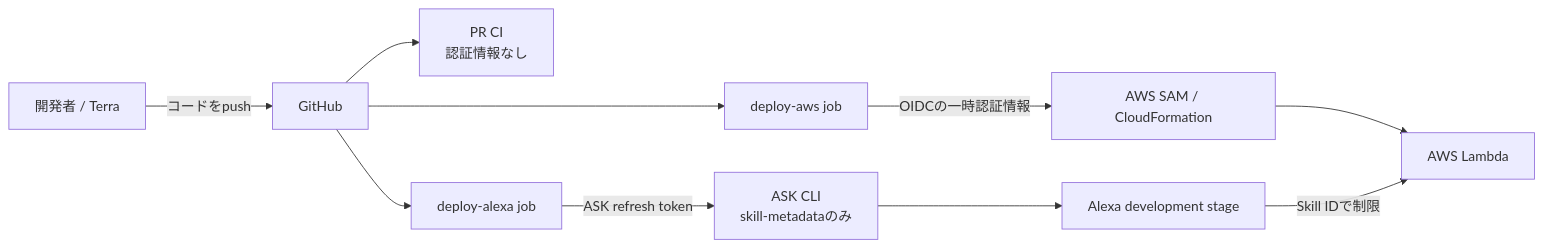
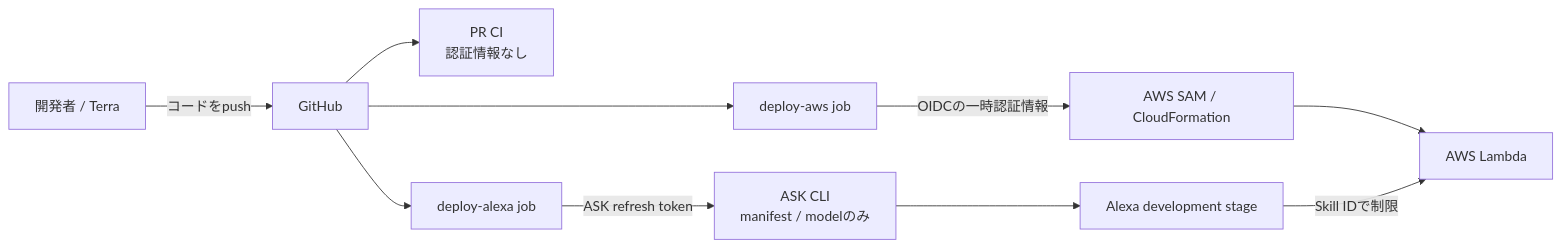
The diagram in docs/implementation-handoff.md (yuhara-4113-ai/alexa-skill-charge-janken), drawn with Mermaid before and after one commit. The commit also changed other lines of this file and 2 other files, not shown here.

Commit message:
Update Alexa resources through SMAPI

````diff
--- a/docs/implementation-handoff.md
+++ b/docs/implementation-handoff.md
@@ -41,12 +41,12 @@
 ```mermaid
 flowchart LR
     Dev["開発者 / Terra"] -->|コードをpush| GH["GitHub"]
     GH --> CI["PR CI<br/>認証情報なし"]
     GH --> AWSJob["deploy-aws job"]
     GH --> AlexaJob["deploy-alexa job"]
     AWSJob -->|OIDCの一時認証情報| SAM["AWS SAM / CloudFormation"]
     SAM --> Lambda["AWS Lambda"]
-    AlexaJob -->|ASK refresh token| ASK["ASK CLI<br/>skill-metadataのみ"]
+    AlexaJob -->|ASK refresh token| ASK["ASK CLI<br/>manifest / modelのみ"]
     ASK --> Alexa["Alexa development stage"]
     Alexa -->|Skill IDで制限| Lambda
 ```
````
